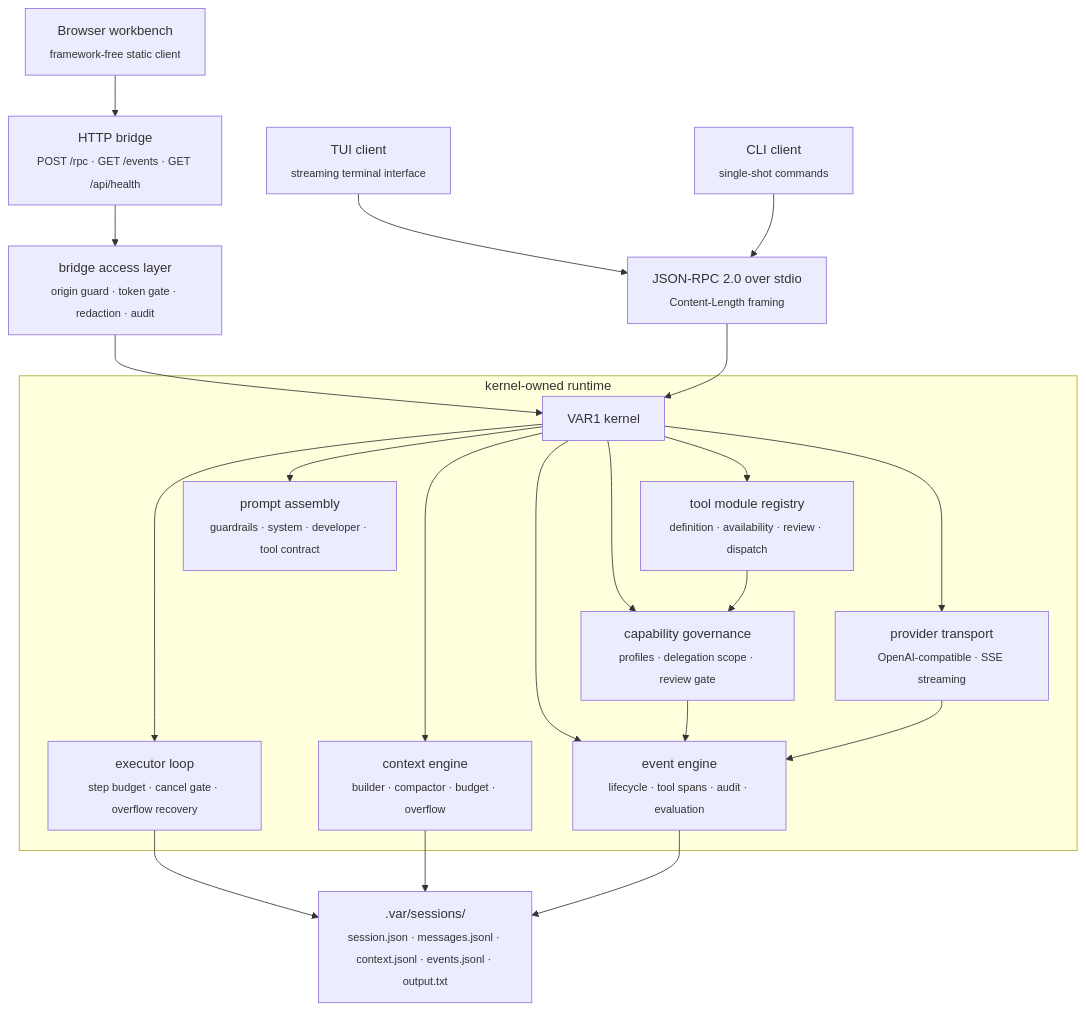
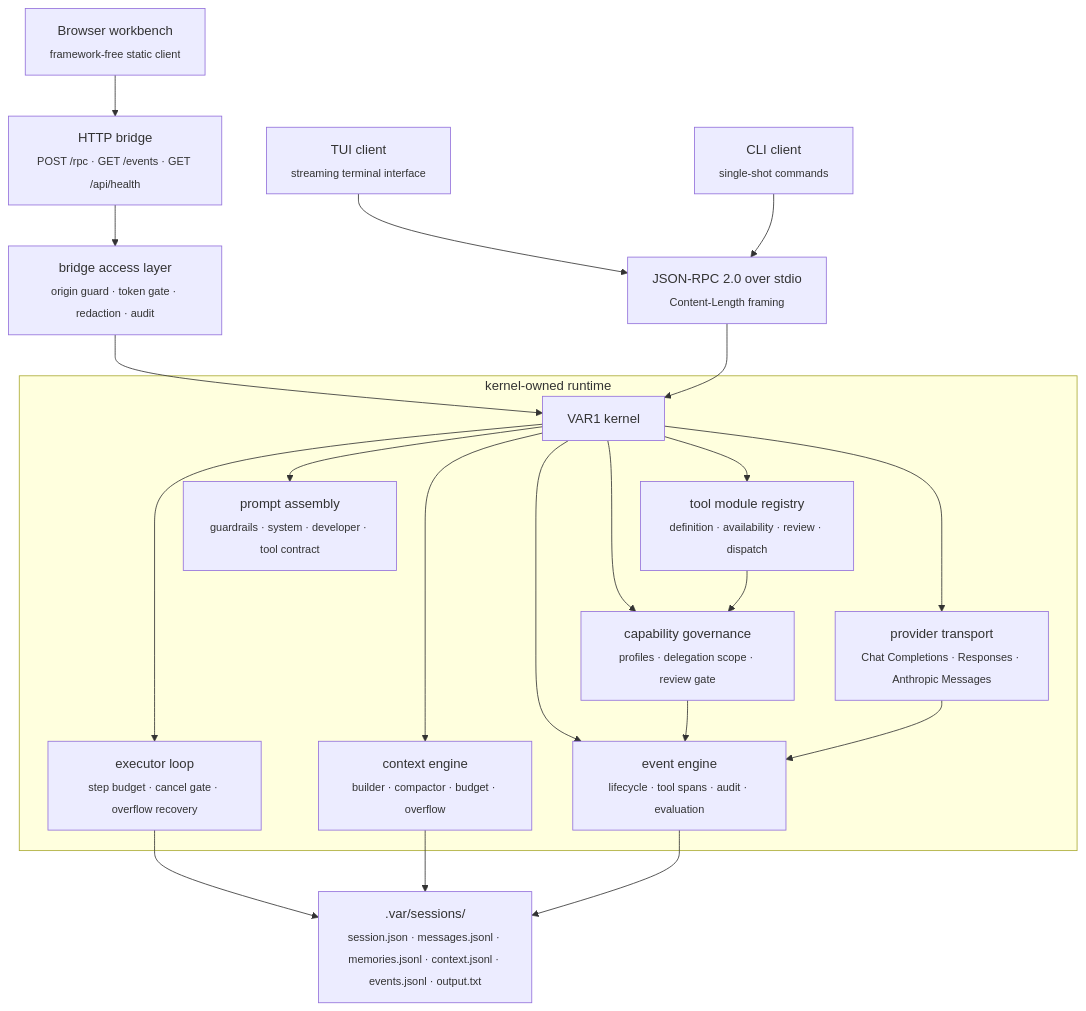
The first of 4 diagrams in README.md (savageops/VANTARI-ONE), drawn with Mermaid before and after one commit. The commit also changed other lines of this file and 172 other files, not shown here.

First line of the commit message:
docs: track roadmap, changelog, and architecture docs; add install scripts

````diff
--- a/README.md
+++ b/README.md
@@ -105,31 +107,30 @@
 ```mermaid
 flowchart TB
   tui["TUI client<br/><sub>streaming terminal interface</sub>"]
   cli["CLI client<br/><sub>single-shot commands</sub>"]
   browser["Browser workbench<br/><sub>framework-free static client</sub>"]
-
   tui --> stdio["JSON-RPC 2.0 over stdio<br/><sub>Content-Length framing</sub>"]
   cli --> stdio
   browser --> bridge["HTTP bridge<br/><sub>POST /rpc · GET /events · GET /api/health</sub>"]
 
   bridge --> access["bridge access layer<br/><sub>origin guard · token gate · redaction · audit</sub>"]
   access --> kernel
   stdio --> kernel["VAR1 kernel"]
 
   subgraph core["kernel-owned runtime"]
     kernel --> executor["executor loop<br/><sub>step budget · cancel gate · overflow recovery</sub>"]
     kernel --> context["context engine<br/><sub>builder · compactor · budget · overflow</sub>"]
     kernel --> toolruntime["tool module registry<br/><sub>definition · availability · review · dispatch</sub>"]
     kernel --> governance["capability governance<br/><sub>profiles · delegation scope · review gate</sub>"]
     kernel --> prompts["prompt assembly<br/><sub>guardrails · system · developer · tool contract</sub>"]
-    kernel --> provider["provider transport<br/><sub>OpenAI-compatible · SSE streaming</sub>"]
+    kernel --> provider["provider transport<br/><sub>Chat Completions · Responses · Anthropic Messages</sub>"]
     kernel --> events["event engine<br/><sub>lifecycle · tool spans · audit · evaluation</sub>"]
   end
 
-  executor --> store[".var/sessions/<br/><sub>session.json · messages.jsonl · context.jsonl · events.jsonl · output.txt</sub>"]
+  executor --> store[".var/sessions/<br/><sub>session.json · messages.jsonl · memories.jsonl · context.jsonl · events.jsonl · output.txt</sub>"]
   context --> store
   events --> store
   governance --> events
   toolruntime --> governance
   provider --> events
 ```
````
